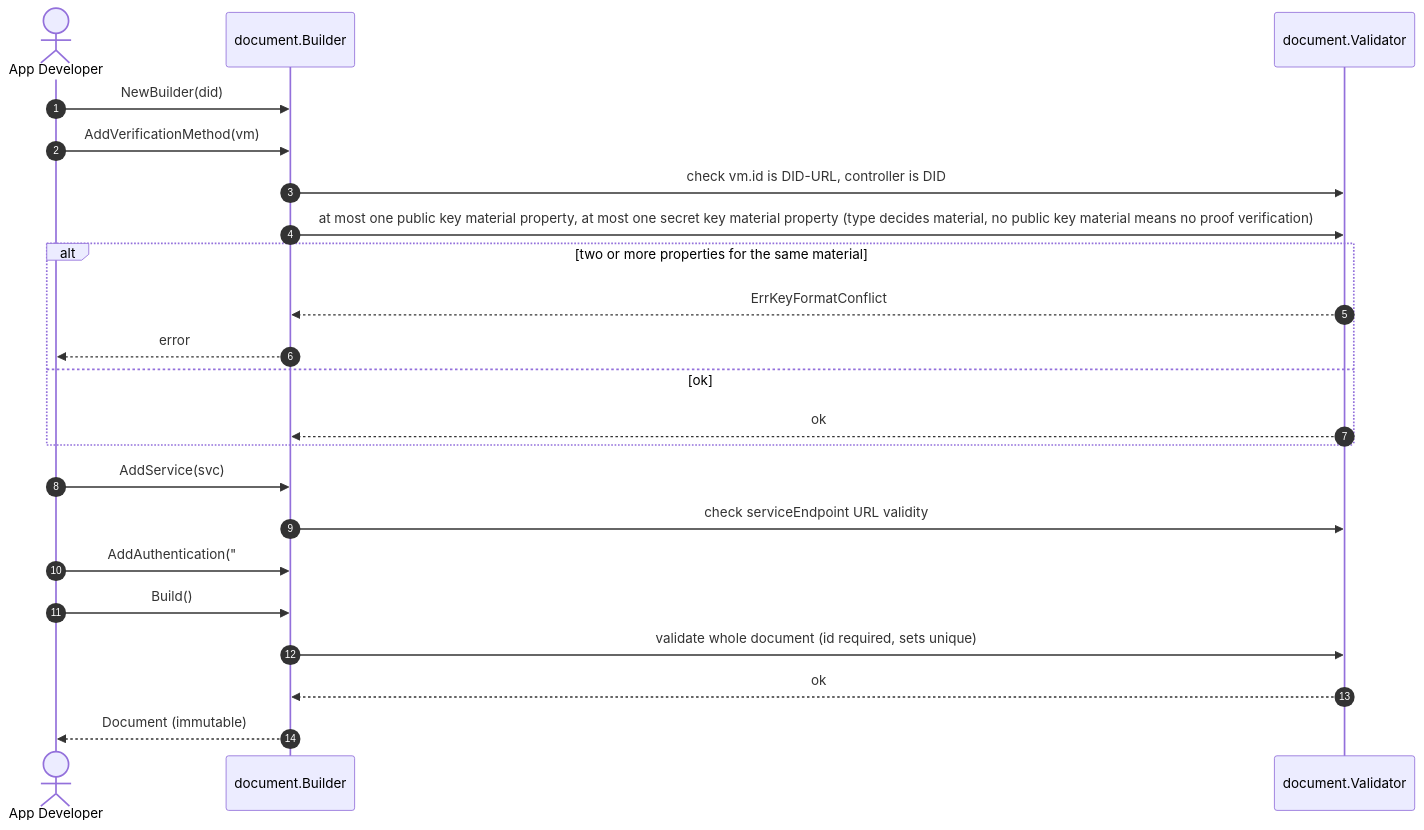
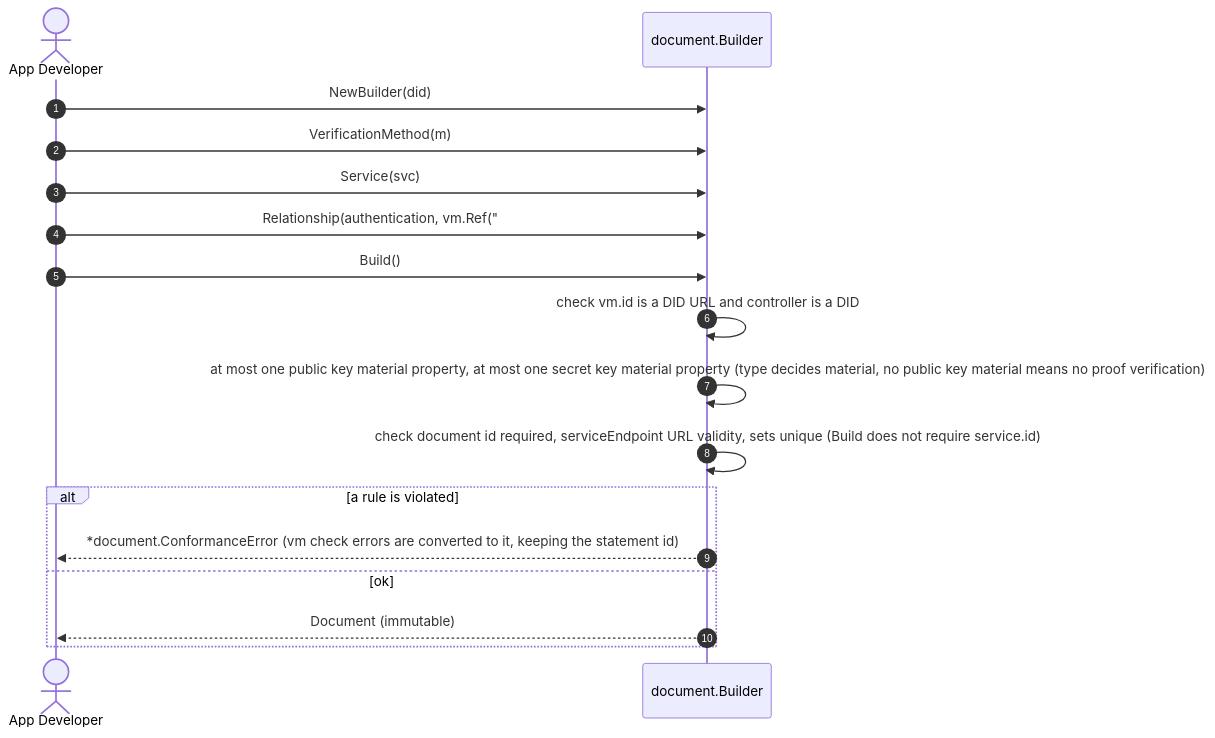
Before and after one commit to SAGE-X-project/did-go: the second of 10 diagrams in docs/02-sequence-diagrams.md, drawn with Mermaid. The commit also changed other lines of this file and 16 other files, not shown here.

````diff
--- a/docs/02-sequence-diagrams.md
+++ b/docs/02-sequence-diagrams.md
@@ -37,25 +37,20 @@
 ```mermaid
 sequenceDiagram
     autonumber
     actor Dev as App Developer
     participant B as document.Builder
-    participant Val as document.Validator
 
     Dev->>B: NewBuilder(did)
-    Dev->>B: AddVerificationMethod(vm)
-    B->>Val: check vm.id is DID-URL, controller is DID
-    B->>Val: at most one public key material property, at most one secret key material property (type decides material, no public key material means no proof verification)
-    alt two or more properties for the same material
-        Val-->>B: ErrKeyFormatConflict
-        B-->>Dev: error
+    Dev->>B: VerificationMethod(m)
+    Dev->>B: Service(svc)
+    Dev->>B: Relationship(authentication, vm.Ref("#key-1"))  %% by reference
+    Dev->>B: Build()
+    B->>B: check vm.id is a DID URL and controller is a DID
+    B->>B: at most one public key material property, at most one secret key material property (type decides material, no public key material means no proof verification)
+    B->>B: check document id required, serviceEndpoint URL validity, sets unique (Build does not require service.id)
+    alt a rule is violated
+        B-->>Dev: *document.ConformanceError (vm check errors are converted to it, keeping the statement id)
     else ok
-        Val-->>B: ok
+        B-->>Dev: Document (immutable)
     end
-    Dev->>B: AddService(svc)
-    B->>Val: check serviceEndpoint URL validity
-    Dev->>B: AddAuthentication("#key-1")  %% by reference
-    Dev->>B: Build()
-    B->>Val: validate whole document (id required, sets unique)
-    Val-->>B: ok
-    B-->>Dev: Document (immutable)
 ```
````
